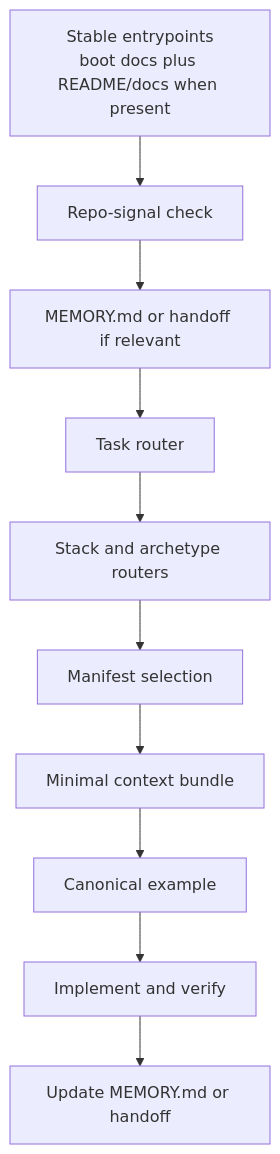
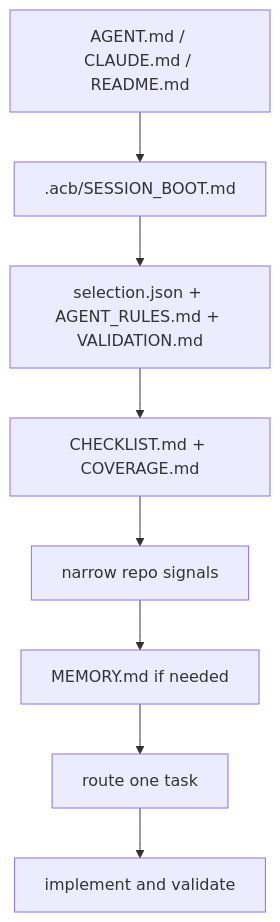
One commit to someflydev/agent-context-base changed the diagram in docs/context-boot-sequence.md. Above: the diagram before and after it, drawn with Mermaid. The commit also changed other lines of this file and 12 other files, not shown here.

````diff
--- a/docs/context-boot-sequence.md
+++ b/docs/context-boot-sequence.md
@@ -25,12 +24,10 @@
 ```mermaid
 flowchart TD
-    A[Stable entrypoints<br/>boot docs plus README/docs when present] --> B[Repo-signal check]
-    B --> C[MEMORY.md or handoff if relevant]
-    C --> D[Task router]
-    D --> E[Stack and archetype routers]
-    E --> F[Manifest selection]
-    F --> G[Minimal context bundle]
-    G --> H[Canonical example]
-    H --> I[Implement and verify]
-    I --> J[Update MEMORY.md or handoff]
+    A[AGENT.md / CLAUDE.md / README.md] --> B[.acb/SESSION_BOOT.md]
+    B --> C[selection.json + AGENT_RULES.md + VALIDATION.md]
+    C --> D[CHECKLIST.md + COVERAGE.md]
+    D --> E[narrow repo signals]
+    E --> F[MEMORY.md if needed]
+    F --> G[route one task]
+    G --> H[implement and validate]
 ```
````
